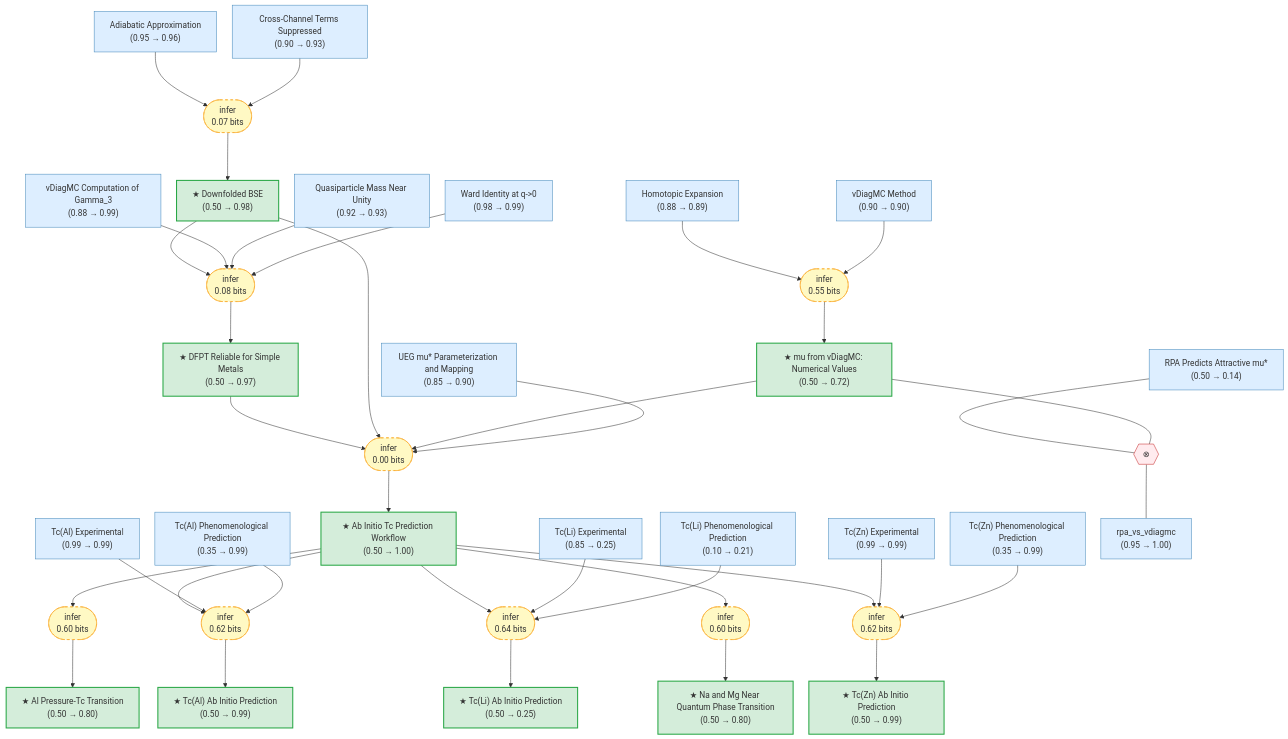
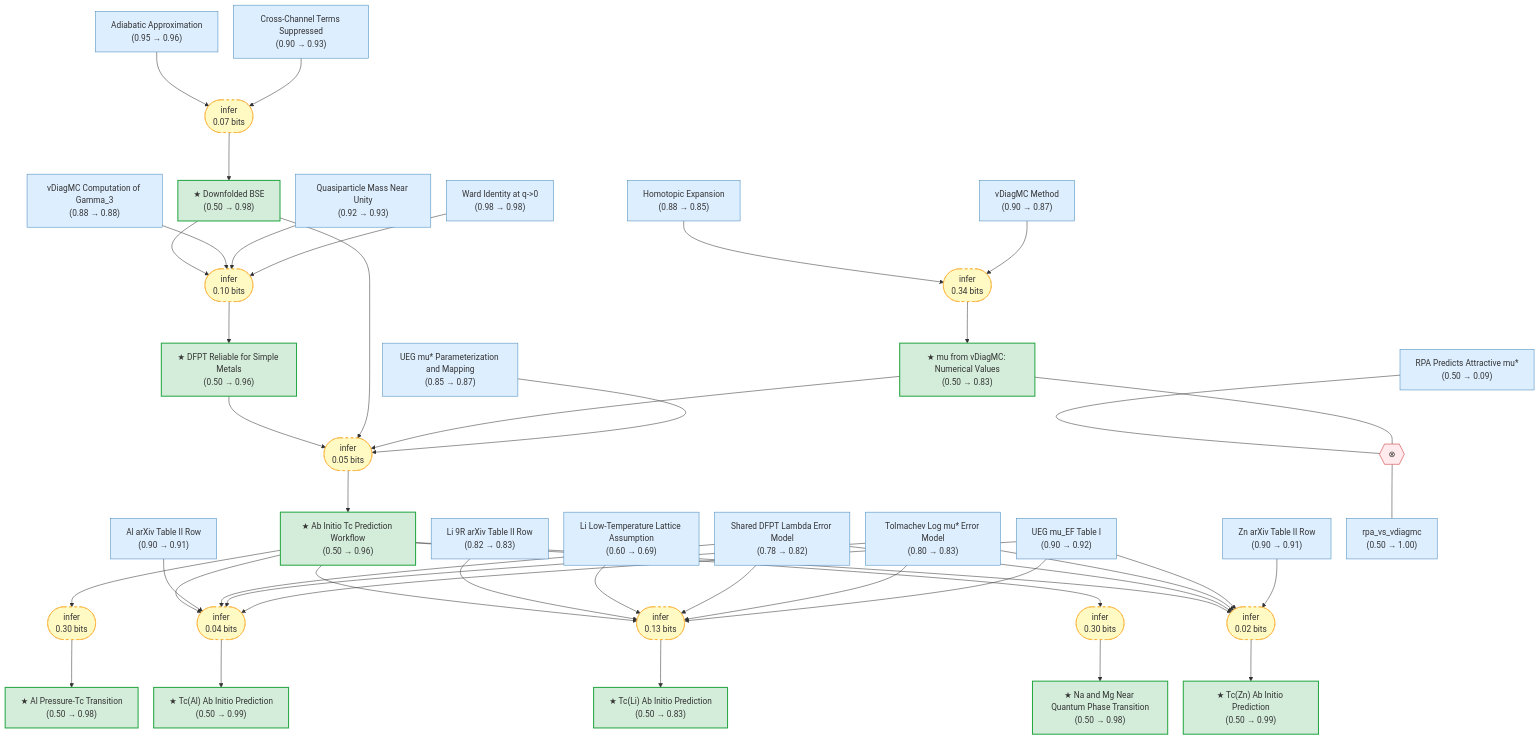
The diagram in README.md (kunyuan/SuperconductivityElectronLiquids.gaia), drawn with Mermaid before and after one commit. The commit also changed other lines of this file and 244 other files, not shown here.

```diff
--- a/README.md
+++ b/README.md
@@ -27,68 +21,76 @@
 ---
 graph TB
     adiabatic_approx["Adiabatic Approximation\n(0.95 → 0.96)"]:::premise
-    tc_al_experimental["Tc(Al) Experimental\n(0.99 → 0.99)"]:::premise
-    tc_li_experimental["Tc(Li) Experimental\n(0.85 → 0.25)"]:::premise
-    tc_zn_experimental["Tc(Zn) Experimental\n(0.99 → 0.99)"]:::premise
-    tc_al_phenomenological["Tc(Al) Phenomenological Prediction\n(0.35 → 0.99)"]:::premise
-    tc_li_phenomenological["Tc(Li) Phenomenological Prediction\n(0.10 → 0.21)"]:::premise
-    tc_zn_phenomenological["Tc(Zn) Phenomenological Prediction\n(0.35 → 0.99)"]:::premise
     cross_term_suppressed["Cross-Channel Terms Suppressed\n(0.90 → 0.93)"]:::premise
     downfolded_bse["★ Downfolded BSE\n(0.50 → 0.98)"]:::exported
-    vdiagmc_method["vDiagMC Method\n(0.90 → 0.90)"]:::premise
-    homotopic_expansion["Homotopic Expansion\n(0.88 → 0.89)"]:::premise
-    mu_vdiagmc_values["★ mu from vDiagMC: Numerical Values\n(0.50 → 0.72)"]:::exported
-    ward_identity["Ward Identity at q->0\n(0.98 → 0.99)"]:::premise
-    gamma3_vdiagmc["vDiagMC Computation of Gamma_3\n(0.88 → 0.99)"]:::premise
+    vdiagmc_method["vDiagMC Method\n(0.90 → 0.87)"]:::premise
+    homotopic_expansion["Homotopic Expansion\n(0.88 → 0.85)"]:::premise
+    mu_vdiagmc_values["★ mu from vDiagMC: Numerical Values\n(0.50 → 0.83)"]:::exported
+    ward_identity["Ward Identity at q->0\n(0.98 → 0.98)"]:::premise
+    gamma3_vdiagmc["vDiagMC Computation of Gamma_3\n(0.88 → 0.88)"]:::premise
     quasiparticle_mass_near_unity["Quasiparticle Mass Near Unity\n(0.92 → 0.93)"]:::premise
-    dfpt_reliable_for_simple_metals["★ DFPT Reliable for Simple Metals\n(0.50 → 0.97)"]:::exported
-    ueg_pseudopotential_parameterization["UEG mu#ast; Parameterization and Mapping\n(0.85 → 0.90)"]:::premise
-    ab_initio_workflow["★ Ab Initio Tc Prediction Workflow\n(0.50 → 1.00)"]:::exported
+    dfpt_reliable_for_simple_metals["★ DFPT Reliable for Simple Metals\n(0.50 → 0.96)"]:::exported
+    ueg_mu_ef_table_i["UEG mu_EF Table I\n(0.90 → 0.92)"]:::premise
+    shared_dfpt_lambda_error_model["Shared DFPT Lambda Error Model\n(0.78 → 0.82)"]:::premise
+    tolmachev_log_mu_star_error_model["Tolmachev Log mu#ast; Error Model\n(0.80 → 0.83)"]:::premise
+    al_arxiv_table_row["Al arXiv Table II Row\n(0.90 → 0.91)"]:::premise
+    li_arxiv_table_row["Li 9R arXiv Table II Row\n(0.82 → 0.83)"]:::premise
+    li_low_temperature_lattice_assumption["Li Low-Temperature Lattice Assumption\n(0.60 → 0.69)"]:::premise
+    zn_arxiv_table_row["Zn arXiv Table II Row\n(0.90 → 0.91)"]:::premise
+    ueg_pseudopotential_parameterization["UEG mu#ast; Parameterization and Mapping\n(0.85 → 0.87)"]:::premise
+    ab_initio_workflow["★ Ab Initio Tc Prediction Workflow\n(0.50 → 0.96)"]:::exported
     tc_al_predicted["★ Tc(Al) Ab Initio Prediction\n(0.50 → 0.99)"]:::exported
     tc_zn_predicted["★ Tc(Zn) Ab Initio Prediction\n(0.50 → 0.99)"]:::exported
-    tc_li_predicted["★ Tc(Li) Ab Initio Prediction\n(0.50 → 0.25)"]:::exported
-    al_pressure_transition["★ Al Pressure-Tc Transition\n(0.50 → 0.80)"]:::exported
-    tc_mg_na_near_qpt["★ Na and Mg Near Quantum Phase Transition\n(0.50 → 0.80)"]:::exported
-    rpa_predicts_attractive_mu["RPA Predicts Attractive mu#ast;\n(0.50 → 0.14)"]:::premise
-    rpa_vs_vdiagmc["rpa_vs_vdiagmc\n(0.95 → 1.00)"]:::premise
-    strat_0(["infer\n0.60 bits"]):::weak
+    tc_li_predicted["★ Tc(Li) Ab Initio Prediction\n(0.50 → 0.83)"]:::exported
+    al_pressure_transition["★ Al Pressure-Tc Transition\n(0.50 → 0.98)"]:::exported
+    tc_mg_na_near_qpt["★ Na and Mg Near Quantum Phase Transition\n(0.50 → 0.98)"]:::exported
+    rpa_vs_vdiagmc["rpa_vs_vdiagmc\n(0.50 → 1.00)"]:::premise
+    rpa_predicts_attractive_mu["RPA Predicts Attractive mu#ast;\n(0.50 → 0.09)"]:::premise
+    strat_0(["infer\n0.30 bits"]):::weak
     ab_initio_workflow --> strat_0
     strat_0 --> al_pressure_transition
-    strat_1(["infer\n0.62 bits"]):::weak
+    strat_1(["infer\n0.04 bits"]):::weak
     ab_initio_workflow --> strat_1
-    tc_al_experimental --> strat_1
-    tc_al_phenomenological --> strat_1
+    al_arxiv_table_row --> strat_1
+    shared_dfpt_lambda_error_model --> strat_1
+    tolmachev_log_mu_star_error_model --> strat_1
+    ueg_mu_ef_table_i --> strat_1
     strat_1 --> tc_al_predicted
-    strat_2(["infer\n0.64 bits"]):::weak
+    strat_2(["infer\n0.13 bits"]):::weak
     ab_initio_workflow --> strat_2
-    tc_li_experimental --> strat_2
-    tc_li_phenomenological --> strat_2
+    li_arxiv_table_row --> strat_2
+    li_low_temperature_lattice_assumption --> strat_2
+    shared_dfpt_lambda_error_model --> strat_2
+    tolmachev_log_mu_star_error_model --> strat_2
+    ueg_mu_ef_table_i --> strat_2
     strat_2 --> tc_li_predicted
-    strat_3(["infer\n0.60 bits"]):::weak
+    strat_3(["infer\n0.30 bits"]):::weak
     ab_initio_workflow --> strat_3
     strat_3 --> tc_mg_na_near_qpt
-    strat_4(["infer\n0.62 bits"]):::weak
+    strat_4(["infer\n0.02 bits"]):::weak
     ab_initio_workflow --> strat_4
-    tc_zn_experimental --> strat_4
-    tc_zn_phenomenological --> strat_4
+    shared_dfpt_lambda_error_model --> strat_4
+    tolmachev_log_mu_star_error_model --> strat_4
+    ueg_mu_ef_table_i --> strat_4
+    zn_arxiv_table_row --> strat_4
     strat_4 --> tc_zn_predicted
     strat_5(["infer\n0.07 bits"]):::weak
     adiabatic_approx --> strat_5
     cross_term_suppressed --> strat_5
     strat_5 --> downfolded_bse
-    strat_6(["infer\n0.00 bits"]):::weak
+    strat_6(["infer\n0.05 bits"]):::weak
     dfpt_reliable_for_simple_metals --> strat_6
     downfolded_bse --> strat_6
     mu_vdiagmc_values --> strat_6
     ueg_pseudopotential_parameterization --> strat_6
     strat_6 --> ab_initio_workflow
-    strat_7(["infer\n0.08 bits"]):::weak
+    strat_7(["infer\n0.10 bits"]):::weak
     downfolded_bse --> strat_7
     gamma3_vdiagmc --> strat_7
     quasiparticle_mass_near_unity --> strat_7
     ward_identity --> strat_7
     strat_7 --> dfpt_reliable_for_simple_metals
-    strat_8(["infer\n0.55 bits"]):::weak
+    strat_8(["infer\n0.34 bits"]):::weak
     homotopic_expansion --> strat_8
     vdiagmc_method --> strat_8
     strat_8 --> mu_vdiagmc_values
```
